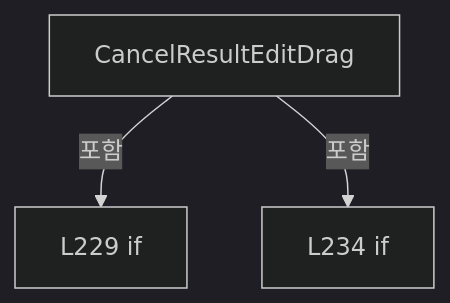
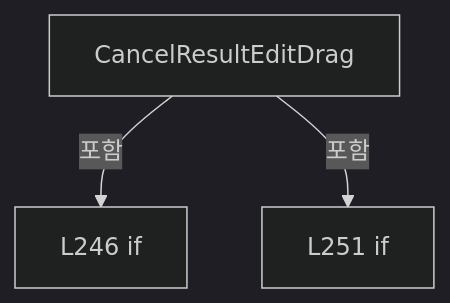
The tenth of 18 diagrams in A3 LD Code Ref/files/Drilling.UI/Views/CReviewDataView.xaml.cs.md (kjuws10-rgb/Shared), drawn with Mermaid (dark theme) before and after one commit. The commit also changed other lines of this file and 2071 other files, not shown here.

Commit message:
docs(a3): update 11.19.0 architecture and code reference

````diff
--- a/A3 LD Code Ref/files/Drilling.UI/Views/CReviewDataView.xaml.cs.md
+++ b/A3 LD Code Ref/files/Drilling.UI/Views/CReviewDataView.xaml.cs.md
@@ -868,8 +983,8 @@
 ```mermaid
 flowchart TD
  M["CancelResultEditDrag"]
- N0["L229 if"]
+ N0["L246 if"]
  M -->|포함| N0
- N1["L234 if"]
+ N1["L251 if"]
  M -->|포함| N1
 ```
````
